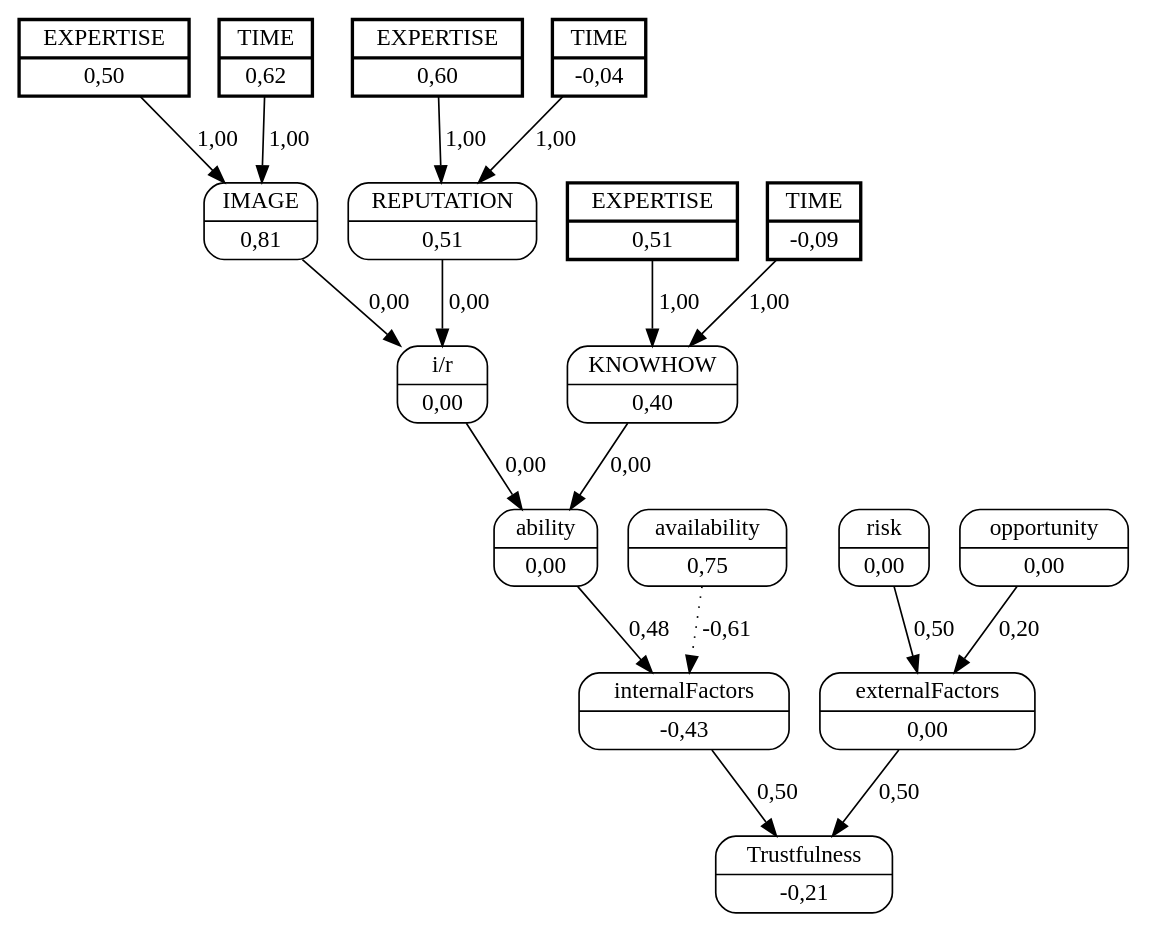
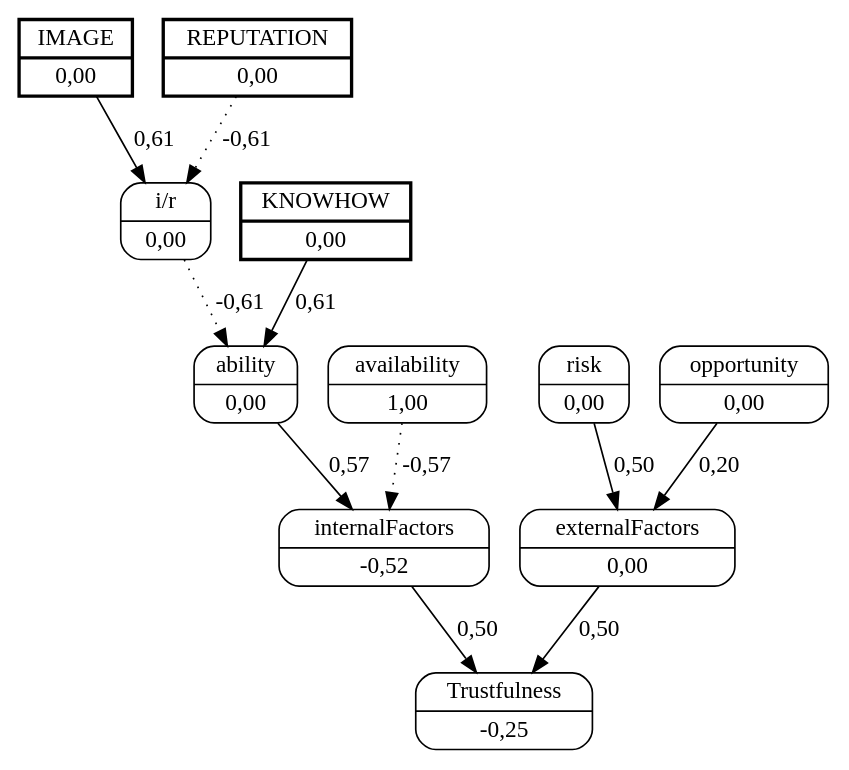
Before and after one commit to jjbaqueta/unload_experiment: the diagram in unload_boxes/dots/worker_2helper_10.dot, drawn with Graphviz. The commit also changed 61 other files, not shown here.

```diff
--- a/unload_boxes/dots/worker_2helper_10.dot
+++ b/unload_boxes/dots/worker_2helper_10.dot
@@ -1,38 +1,25 @@
 digraph FCM_net{
 	node [shape=record, style=rounded]
-	11 [label="{EXPERTISE | 0,50}", style=bold, penwidth=2, peripheries=2];
-	12 [label="{TIME | 0,62}", style=bold, penwidth=2, peripheries=2];
-	13 [label="{EXPERTISE | 0,60}", style=bold, penwidth=2, peripheries=2];
-	14 [label="{TIME | -0,04}", style=bold, penwidth=2, peripheries=2];
-	15 [label="{EXPERTISE | 0,51}", style=bold, penwidth=2, peripheries=2];
-	16 [label="{TIME | -0,09}", style=bold, penwidth=2, peripheries=2];
-	0 [label="{IMAGE | 0,81}"];
-	1 [label="{REPUTATION | 0,51}"];
-	2 [label="{KNOWHOW | 0,40}"];
+	0 [label="{IMAGE | 0,00}", style=bold, penwidth=2, peripheries=2];
+	1 [label="{REPUTATION | 0,00}", style=bold, penwidth=2, peripheries=2];
+	2 [label="{KNOWHOW | 0,00}", style=bold, penwidth=2, peripheries=2];
+	0 [label="{IMAGE | 0,00}"];
 	3 [label="{i/r | 0,00}"];
 	4 [label="{ability | 0,00}"];
-	5 [label="{availability | 0,75}"];
-	6 [label="{internalFactors | -0,43}"];
+	5 [label="{availability | 1,00}"];
+	6 [label="{internalFactors | -0,52}"];
 	7 [label="{risk | 0,00}"];
 	8 [label="{opportunity | 0,00}"];
 	9 [label="{externalFactors | 0,00}"];
-	10 [label="{Trustfulness | -0,21}"];
-	11 [label="{EXPERTISE | 0,50}"];
-	13 [label="{EXPERTISE | 0,60}"];
-	0 -> 3 [label = "0,00"];
-	1 -> 3 [label = "0,00"];
-	3 -> 4 [label = "0,00"];
-	2 -> 4 [label = "0,00"];
-	4 -> 6 [label = "0,48"];
-	5 -> 6 [label = "-0,61", style=dotted];
+	10 [label="{Trustfulness | -0,25}"];
+	0 -> 3 [label = "0,61"];
+	1 -> 3 [label = "-0,61", style=dotted];
+	3 -> 4 [label = "-0,61", style=dotted];
+	2 -> 4 [label = "0,61"];
+	4 -> 6 [label = "0,57"];
+	5 -> 6 [label = "-0,57", style=dotted];
 	6 -> 10 [label = "0,50"];
 	7 -> 9 [label = "0,50"];
 	8 -> 9 [label = "0,20"];
 	9 -> 10 [label = "0,50"];
-	11 -> 0 [label = "1,00"];
-	12 -> 0 [label = "1,00"];
-	13 -> 1 [label = "1,00"];
-	14 -> 1 [label = "1,00"];
-	15 -> 2 [label = "1,00"];
-	16 -> 2 [label = "1,00"];
 }
```
